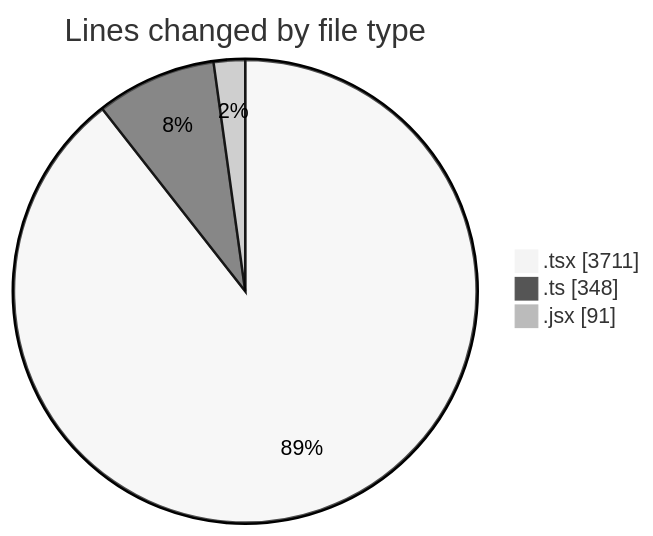
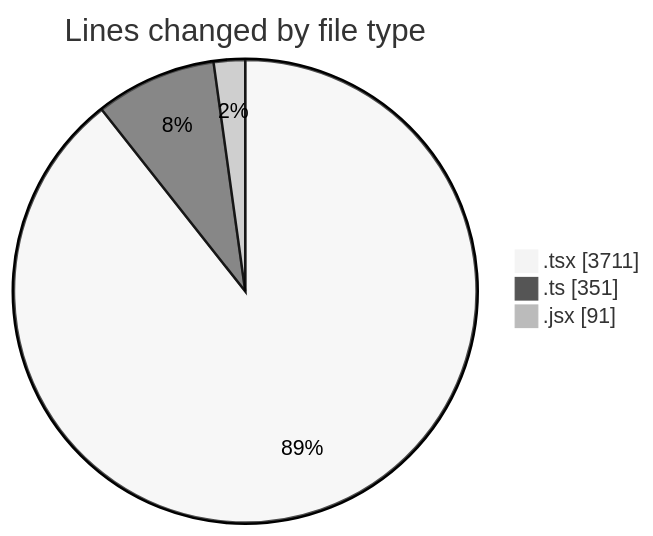
Before and after one commit to momahboobian/code-tracking: the first of 2 diagrams in 2026-04-27/cda/README.md, drawn with Mermaid (neutral theme). The commit also changed other lines of this file and 1 other file, not shown here.

````diff
--- a/2026-04-27/cda/README.md
+++ b/2026-04-27/cda/README.md
@@ -35,7 +35,7 @@
 ```mermaid
 pie showData
 title Lines changed by file type
 ".tsx" : 3711
-".ts" : 348
+".ts" : 351
 ".jsx" : 91
 ```
````
